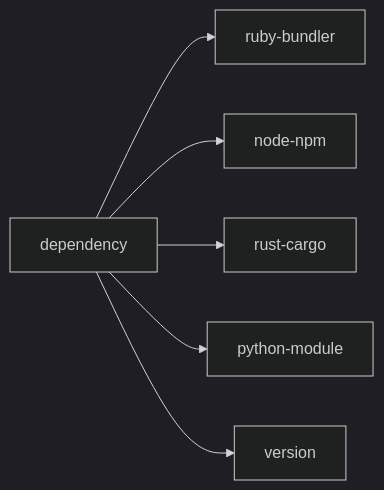
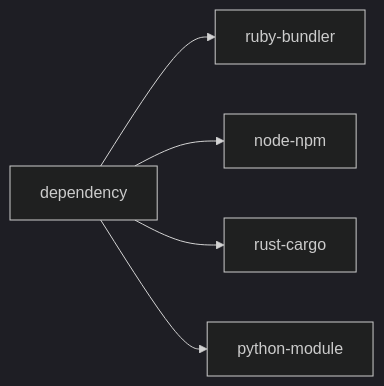
Before and after one commit to meaganewaller/weekly-reviews: the fifth of 11 diagrams in friction-taxonomy.md, drawn with Mermaid (dark theme). The commit also changed other lines of this file and 2 other files, not shown here.

```diff
--- a/friction-taxonomy.md
+++ b/friction-taxonomy.md
@@ -106,8 +122,7 @@
 {% mermaid %}
 flowchart LR
     A[dependency] --> B[ruby-bundler]
     A --> C[node-npm]
     A --> D[rust-cargo]
     A --> E[python-module]
-    A --> F[version]
 {% endmermaid %}
```
